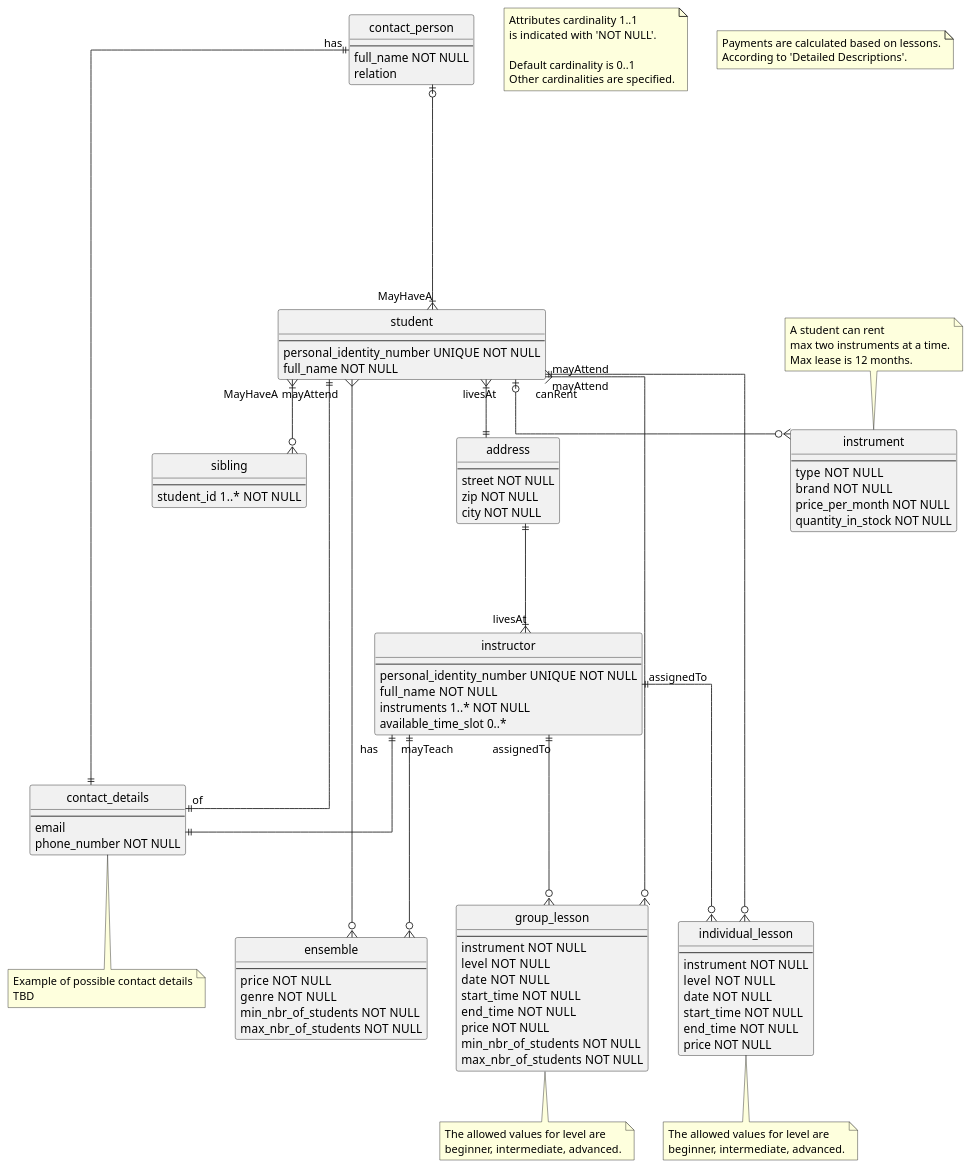
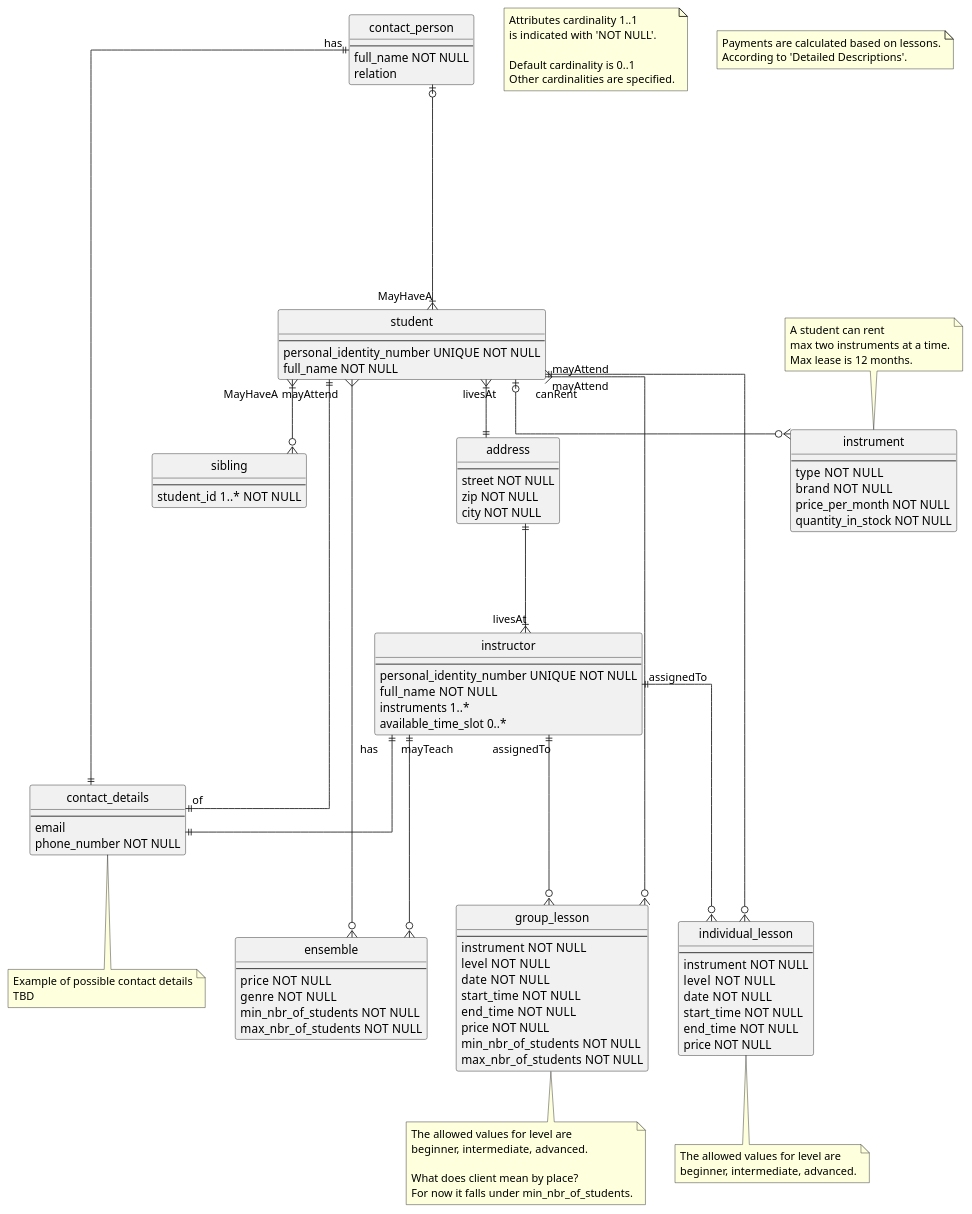
The first of 2 diagrams in diagrams/cm.puml (blomquiste/kth-iv1351-data-storage-paradigms), drawn with PlantUML before and after one commit.

Commit message:
cardinality fixed

```diff
--- a/diagrams/cm.puml
+++ b/diagrams/cm.puml
@@ -87,7 +87,7 @@
     ' person_id  UNIQUE NOT NULL
     personal_identity_number  UNIQUE NOT NULL
     full_name  NOT NULL
-    instruments 1..* NOT NULL
+    instruments 1..* 
     available_time_slot 0..* 
 }
 
@@ -164,6 +164,9 @@
 note bottom
     The allowed values for level are
     beginner, intermediate, advanced.
+
+    What does client mean by place?
+    For now it falls under min_nbr_of_students.
 end note
 
 entity "ensemble" {
```
